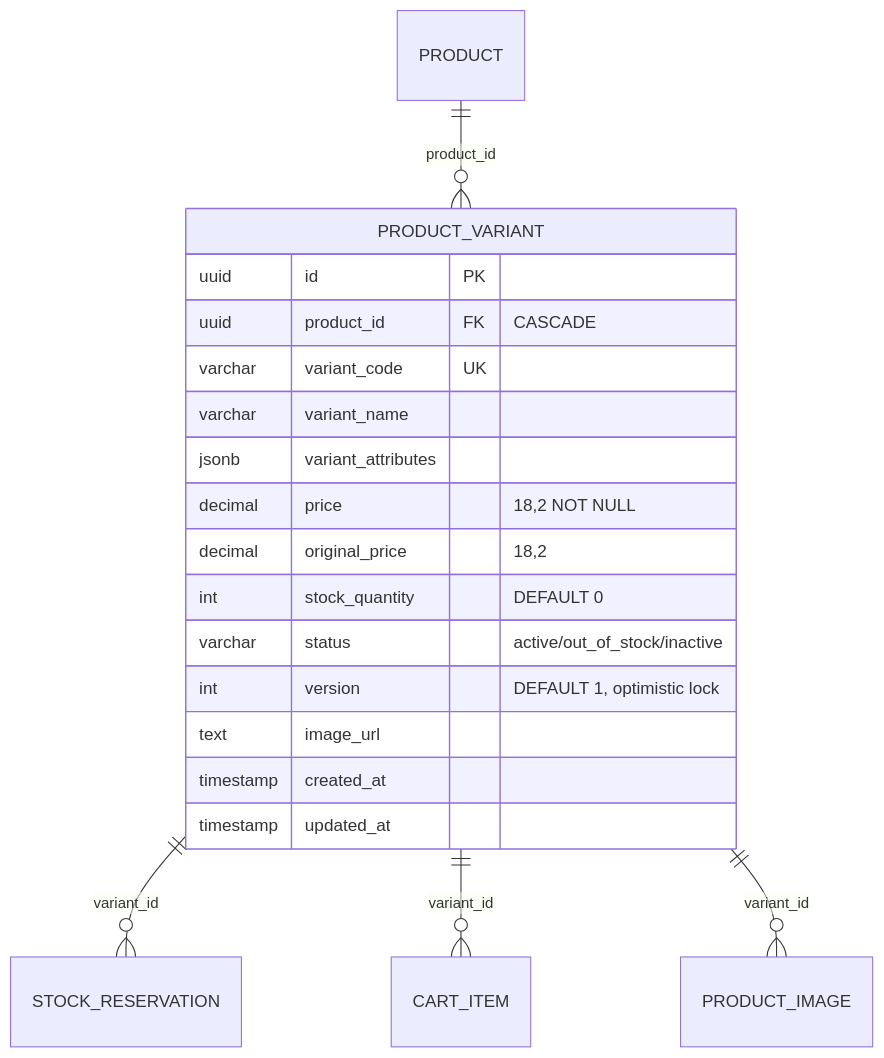
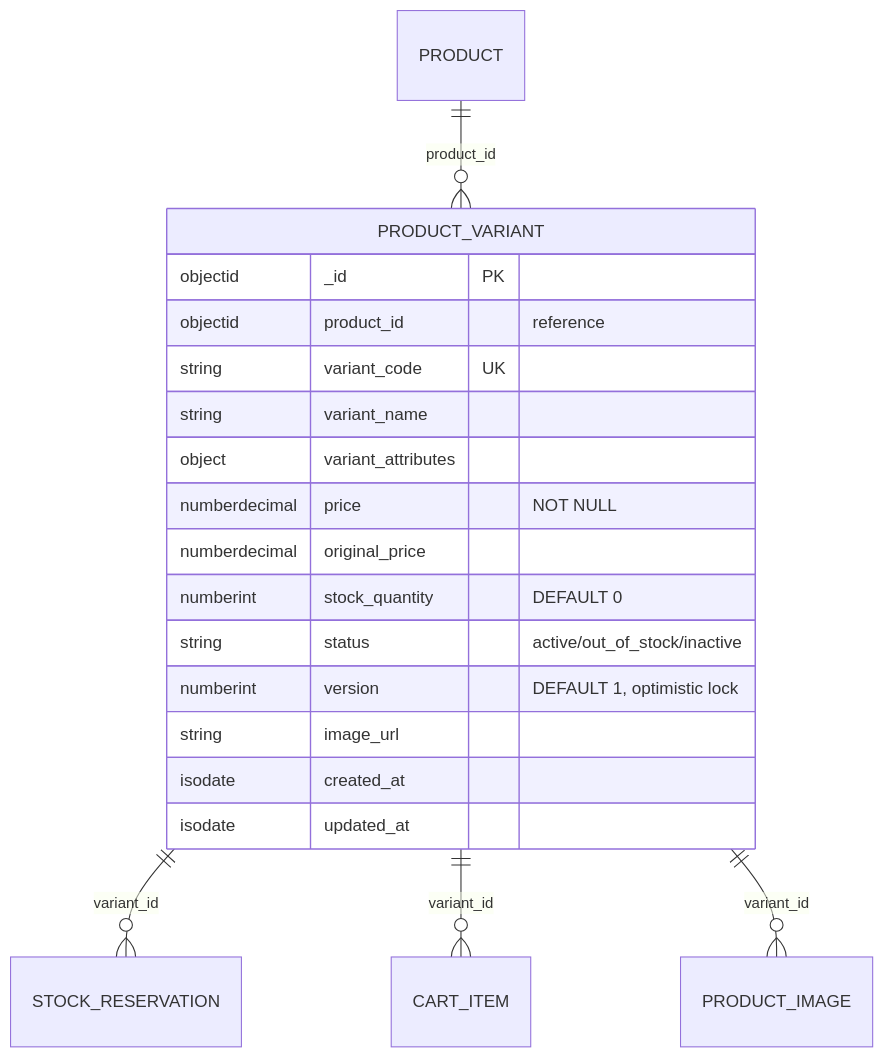
One commit to ldqanh1408/stealing-from-paradise changed the diagram in documents/data-models/product-service/entity-product-variant.md. Above: the diagram before and after it, drawn with Mermaid. The commit also changed other lines of this file and 97 other files, not shown here.

Commit message:
chore: update documentation for identity and product services, including new API endpoints and architectural details

````diff
--- a/documents/data-models/product-service/entity-product-variant.md
+++ b/documents/data-models/product-service/entity-product-variant.md
@@ -11,23 +12,23 @@
 ```mermaid
 erDiagram
     PRODUCT ||--o{ PRODUCT_VARIANT : "product_id"
     PRODUCT_VARIANT ||--o{ STOCK_RESERVATION : "variant_id"
     PRODUCT_VARIANT ||--o{ CART_ITEM : "variant_id"
     PRODUCT_VARIANT ||--o{ PRODUCT_IMAGE : "variant_id"
 
     PRODUCT_VARIANT {
-        uuid id PK
-        uuid product_id FK "CASCADE"
-        varchar variant_code UK
-        varchar variant_name
-        jsonb variant_attributes
-        decimal price "18,2 NOT NULL"
-        decimal original_price "18,2"
-        int stock_quantity "DEFAULT 0"
-        varchar status "active/out_of_stock/inactive"
-        int version "DEFAULT 1, optimistic lock"
-        text image_url
-        timestamp created_at
-        timestamp updated_at
+        objectid _id PK
+        objectid product_id "reference"
+        string variant_code UK
+        string variant_name
+        object variant_attributes
+        numberdecimal price "NOT NULL"
+        numberdecimal original_price
+        numberint stock_quantity "DEFAULT 0"
+        string status "active/out_of_stock/inactive"
+        numberint version "DEFAULT 1, optimistic lock"
+        string image_url
+        isodate created_at
+        isodate updated_at
     }
 ```
````
